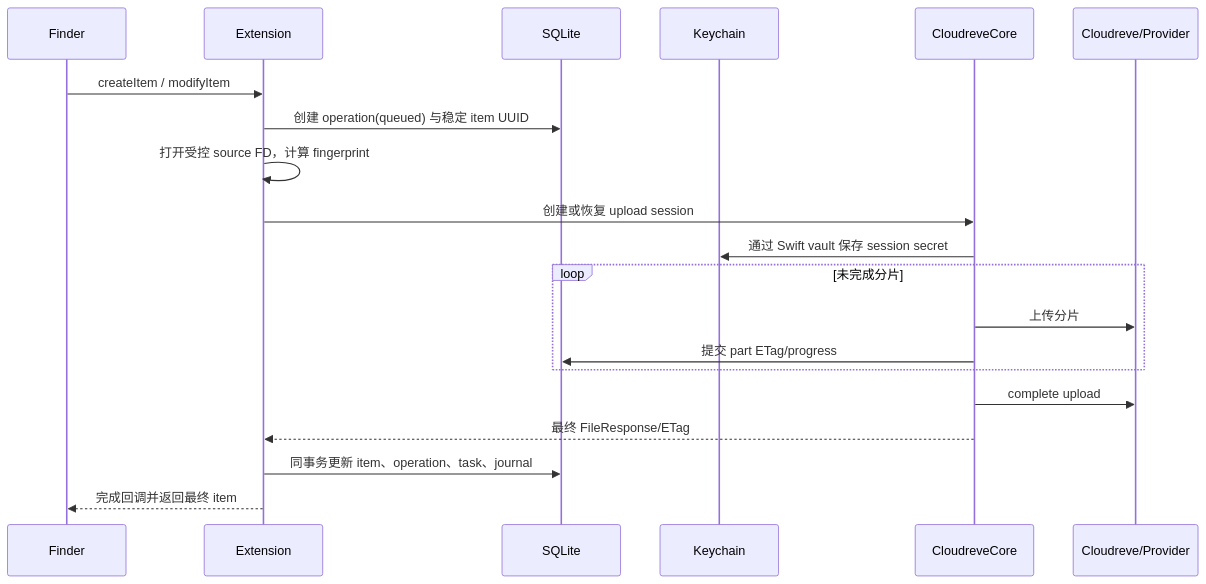
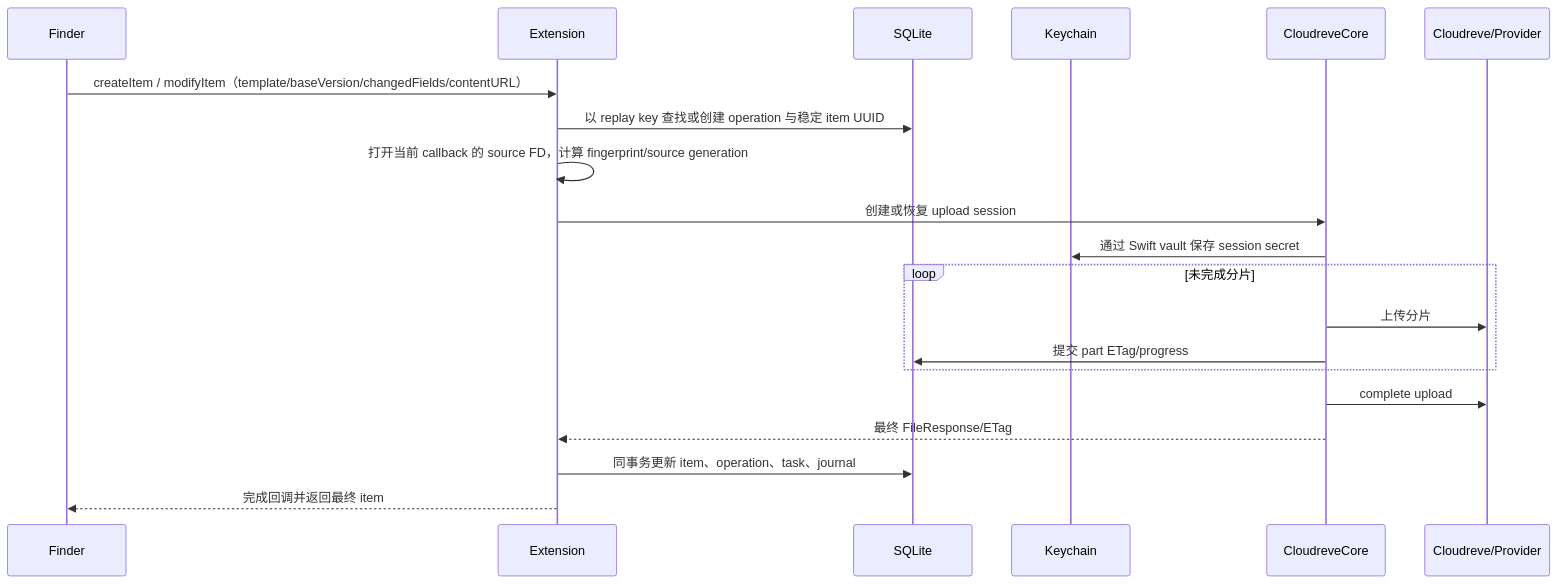
Before and after one commit to tiylabs/nimbussync: the fourth of 5 diagrams in docs/02-macos-technical-architecture.md, drawn with Mermaid. The commit also changed other lines of this file and 1 other file, not shown here.

Commit message:
docs: 📝 Refine macOS product requirements and architecture

````diff
--- a/docs/02-macos-technical-architecture.md
+++ b/docs/02-macos-technical-architecture.md
@@ -585,23 +616,23 @@
 ```mermaid
 sequenceDiagram
     participant F as Finder
     participant E as Extension
     participant D as SQLite
     participant K as Keychain
     participant C as CloudreveCore
     participant S as Cloudreve/Provider
 
-    F->>E: createItem / modifyItem
-    E->>D: 创建 operation(queued) 与稳定 item UUID
-    E->>E: 打开受控 source FD，计算 fingerprint
+    F->>E: createItem / modifyItem（template/baseVersion/changedFields/contentURL）
+    E->>D: 以 replay key 查找或创建 operation 与稳定 item UUID
+    E->>E: 打开当前 callback 的 source FD，计算 fingerprint/source generation
     E->>C: 创建或恢复 upload session
     C->>K: 通过 Swift vault 保存 session secret
     loop 未完成分片
         C->>S: 上传分片
         C->>D: 提交 part ETag/progress
     end
     C->>S: complete upload
     C-->>E: 最终 FileResponse/ETag
     E->>D: 同事务更新 item、operation、task、journal
     E-->>F: 完成回调并返回最终 item
 ```
````
